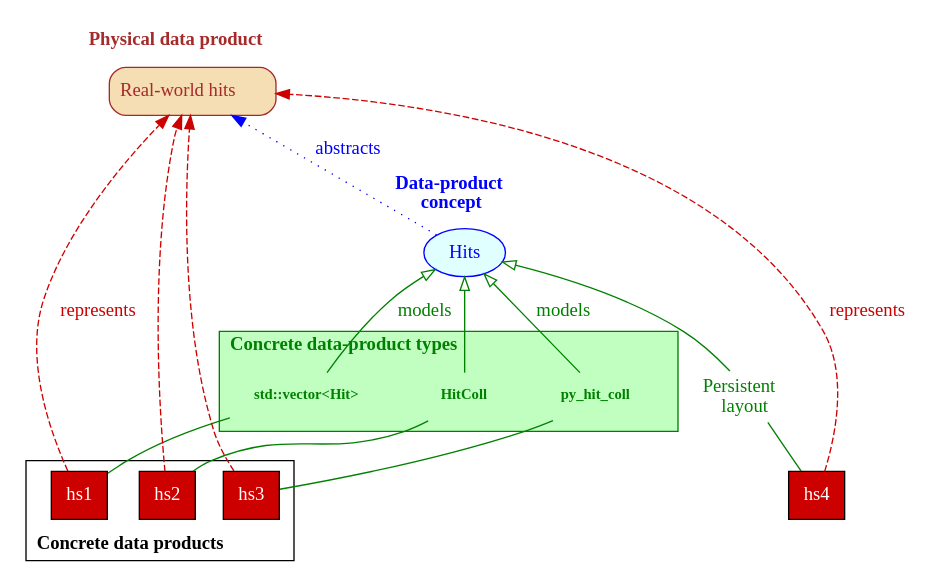
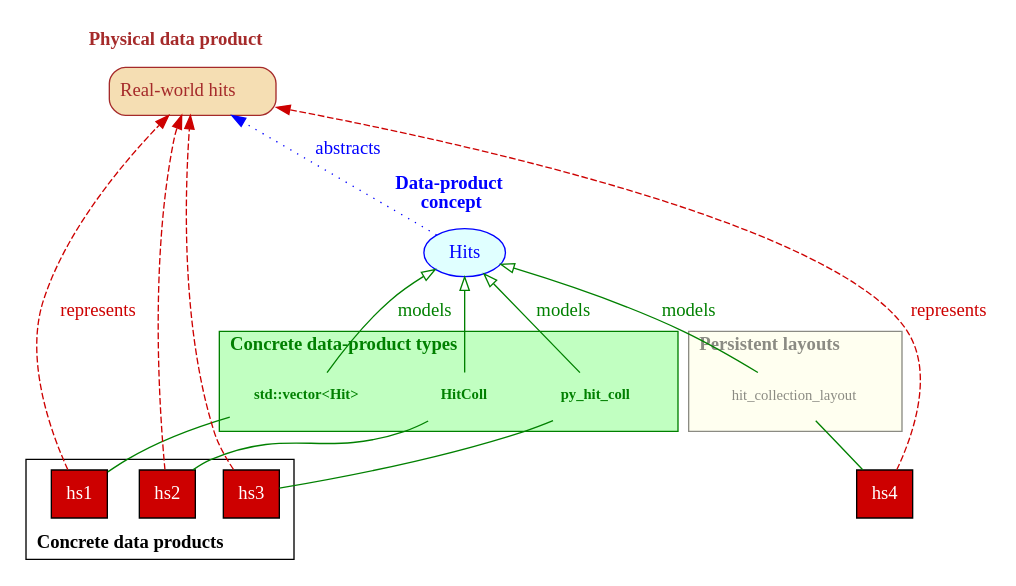
Before and after one commit to Framework-R-D/phlex-design: the diagram in doc/ch_conceptual_design/data-products.gv, drawn with Graphviz.

Commit message:
modifications to diagram after group discussion

```diff
--- a/doc/ch_conceptual_design/data-products.gv
+++ b/doc/ch_conceptual_design/data-products.gv
@@ -1,74 +1,89 @@
 digraph {
   node [shape="box" style="filled,rounded"]
   rankdir=BT
 
   subgraph cluster_physical {
     label=<<b>Physical data product</b>>
     labelloc="b"
     color="none"
     fontcolor="brown"
     real_world_hits [label=<Real-world hits>, fillcolor="wheat", color="brown", fontcolor="brown"]
   }
 
   subgraph cluster_concept {
     labelloc="b"
     fontcolor="blue"
     color="none"
     label=<<b>Data-product<br/> concept</b>>
     hits [label="Hits", shape="ellipse", fillcolor="lightcyan", fontcolor="blue", color="blue"]
   }
 
   hits -> real_world_hits [style="dotted", label="abstracts", color="blue", fontcolor="blue"]
 
   subgraph cluster_concrete {
     labelloc="b"
     labeljust="l"
     label=<<b>Concrete data-product types</b>>
     color="webgreen"
     fontcolor="webgreen"
     style="filled"
     fillcolor="darkseagreen1";
     node[style="plaintext",
          peripheries=0,
          margin="0.25,0",
          fontname="Monaco",
          fontsize=11,
          fontcolor="webgreen"]
 
     std_vector [label=<<b>std::vector&lt;Hit&gt;</b>>]
     hit_coll [label=<<b>HitColl</b>>]
     py_hit_coll [label=<<b>py_hit_coll  </b>>]
   }
 
+  subgraph cluster_persistent {
+    labelloc="b"
+    labeljust="r"
+    label=<<b>Persistent layouts</b>>
+    color="ivory4"
+    fontcolor="ivory4"
+    style="filled"
+    fillcolor="ivory1"
+    node[style="plaintext",
+         peripheries=0,
+         margin="0.25,0",
+         fontname="Monaco",
+         fontsize=11,
+         fontcolor="ivory4"]
+    hit_collection_layout
+  }
+
   subgraph cluster_object {
 
     labeljust="l"
     label=<<b>Concrete data products</b>>
     color=black
     node [style="box", width=0.1, style="filled", fontcolor="white", fillcolor="red3"]
 
     hs1; hs2; hs3;
   }
-
-  persistent [shape="plaintext", label=<Persistent<br/>layout>, style="none", fontcolor="webgreen"]
   hs4 [style="box", width=0.1, style="filled", fontcolor="white", fillcolor="red3"]
 
 
   edge [style="dashed", arrowhead="normal", color="red3", fontcolor="red3"]
   hs1 -> real_world_hits [label=" represents"];
   hs2 -> real_world_hits;
   hs3 -> real_world_hits;
   hs4 -> real_world_hits [label="represents"];
 
   edge [style="normal", arrowhead="empty", color="webgreen", fontcolor="webgreen"]
   std_vector -> hits [label="models"];
   hit_coll -> hits;
   py_hit_coll -> hits [label="models"];
-  persistent -> hits;
+  hit_collection_layout -> hits [label="models"];
 
   edge [arrowhead="none", color="webgreen"]
   hs1 -> std_vector
   hs2 -> hit_coll
   hs3 -> py_hit_coll;
-  hs4 -> persistent;
+  hs4 -> hit_collection_layout;
 }
```
